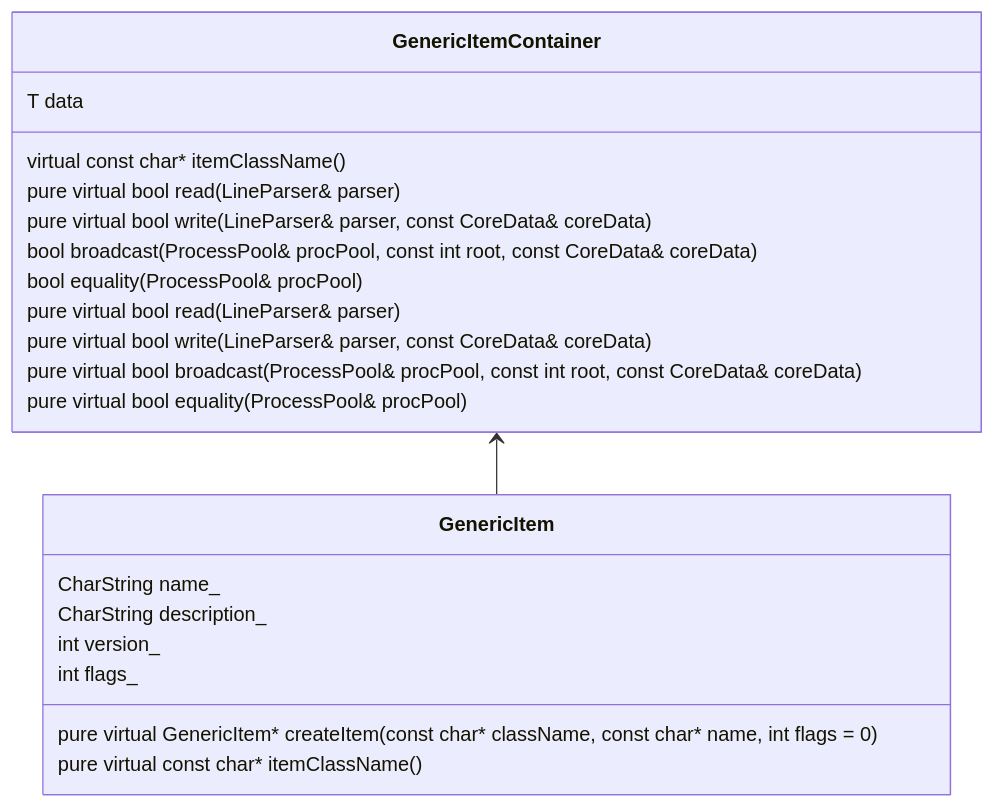
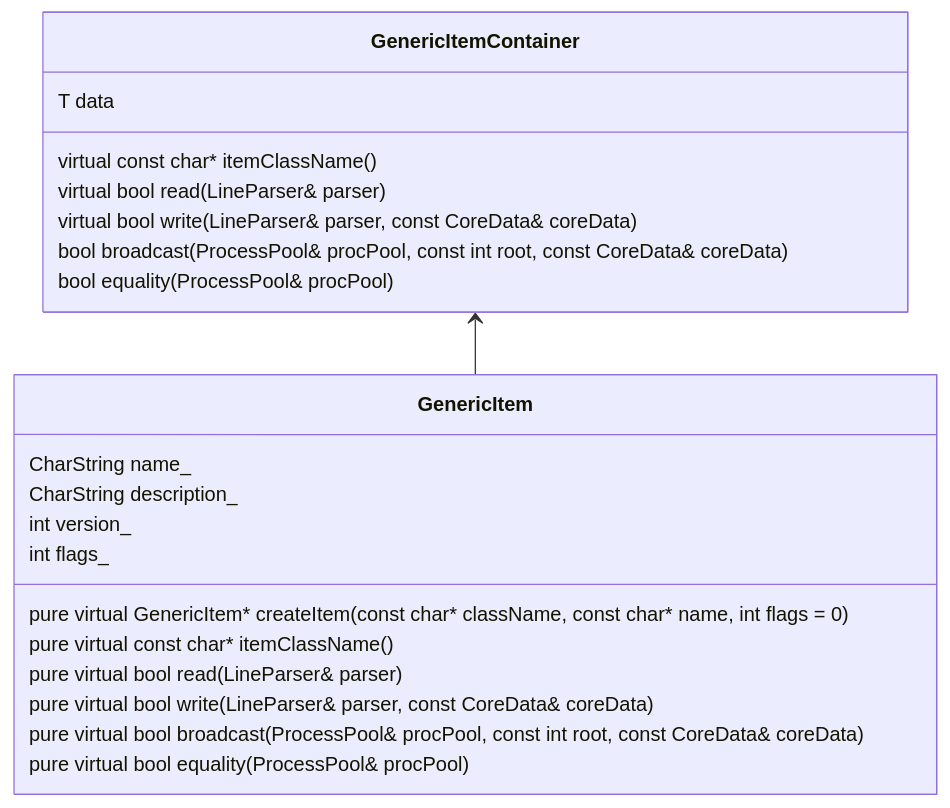
One commit to disorderedmaterials/dissolve changed the diagram in docs/Developers/Overviews/DataManagement.md. Above: the diagram before and after it, drawn with Mermaid. The commit also changed other lines of this file, not shown here.

Commit message:
Update DataManagement.

````diff
--- a/docs/Developers/Overviews/DataManagement.md
+++ b/docs/Developers/Overviews/DataManagement.md
@@ -52,20 +52,20 @@
 ```mermaid
 classDiagram
   GenericItemContainer <-- GenericItem
   GenericItemContainer : T data
   GenericItemContainer : virtual const char* itemClassName()
-  GenericItemContainer : pure virtual bool read(LineParser& parser)
-  GenericItemContainer : pure virtual bool write(LineParser& parser, const CoreData& coreData)
+  GenericItemContainer : virtual bool read(LineParser& parser)
+  GenericItemContainer : virtual bool write(LineParser& parser, const CoreData& coreData)
   GenericItemContainer : bool broadcast(ProcessPool& procPool, const int root, const CoreData& coreData)
   GenericItemContainer : bool equality(ProcessPool& procPool)
   GenericItem : CharString name_
   GenericItem : CharString description_
   GenericItem : int version_
   GenericItem : int flags_
   GenericItem : pure virtual GenericItem* createItem(const char* className, const char* name, int flags = 0)
   GenericItem : pure virtual const char* itemClassName()
-  GenericItemContainer : pure virtual bool read(LineParser& parser)
-  GenericItemContainer : pure virtual bool write(LineParser& parser, const CoreData& coreData)
-  GenericItemContainer : pure virtual bool broadcast(ProcessPool& procPool, const int root, const CoreData& coreData)
-  GenericItemContainer : pure virtual bool equality(ProcessPool& procPool)
+  GenericItem : pure virtual bool read(LineParser& parser)
+  GenericItem : pure virtual bool write(LineParser& parser, const CoreData& coreData)
+  GenericItem : pure virtual bool broadcast(ProcessPool& procPool, const int root, const CoreData& coreData)
+  GenericItem : pure virtual bool equality(ProcessPool& procPool)
 ```
````
